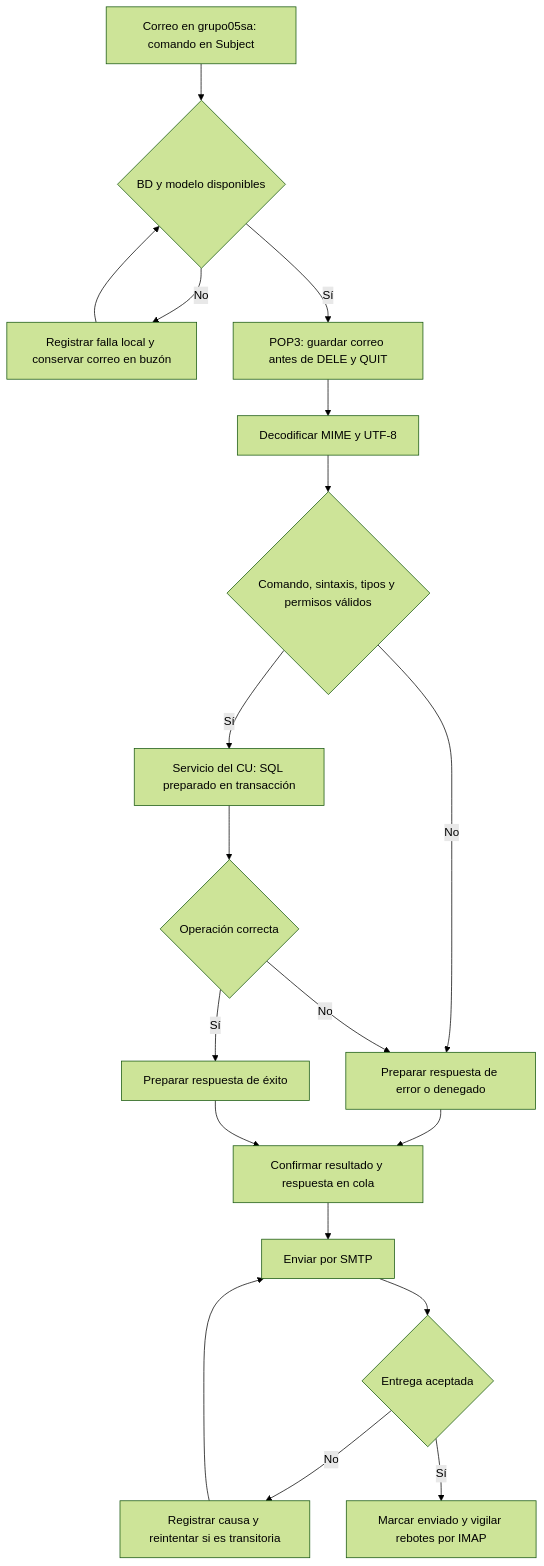
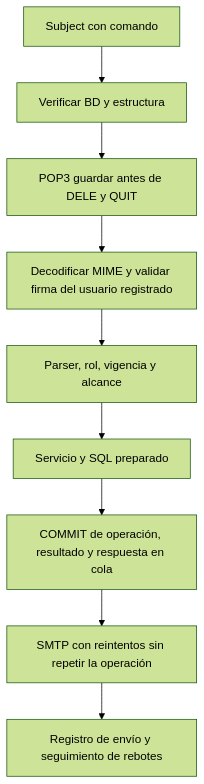
Before and after one commit to vangiewz/inf513-proyecto1: the diagram in README.md, drawn with Mermaid (forest theme). The commit also changed other lines of this file and 186 other files, not shown here.

````diff
--- a/README.md
+++ b/README.md
@@ -38,21 +35,11 @@
 ```mermaid
 flowchart TD
-    A[Correo en grupo05sa: comando en Subject] --> B{BD y modelo disponibles}
-    B -- No --> C[Registrar falla local y conservar correo en buzón]
-    C --> B
-    B -- Sí --> D[POP3: guardar correo antes de DELE y QUIT]
-    D --> E[Decodificar MIME y UTF-8]
-    E --> F{Comando, sintaxis, tipos y permisos válidos}
-    F -- No --> G[Preparar respuesta de error o denegado]
-    F -- Sí --> H[Servicio del CU: SQL preparado en transacción]
-    H --> I{Operación correcta}
-    I -- No --> G
-    I -- Sí --> J[Preparar respuesta de éxito]
-    G --> K[Confirmar resultado y respuesta en cola]
-    J --> K
-    K --> L[Enviar por SMTP]
-    L --> M{Entrega aceptada}
-    M -- No --> N[Registrar causa y reintentar si es transitoria]
-    N --> L
-    M -- Sí --> O[Marcar enviado y vigilar rebotes por IMAP]
+ A[Subject con comando] --> B[Verificar BD y estructura]
+ B --> C[POP3 guardar antes de DELE y QUIT]
+ C --> D[Decodificar MIME y validar firma del usuario registrado]
+ D --> E[Parser, rol, vigencia y alcance]
+ E --> F[Servicio y SQL preparado]
+ F --> G[COMMIT de operación, resultado y respuesta en cola]
+ G --> H[SMTP con reintentos sin repetir la operación]
+ H --> I[Registro de envío y seguimiento de rebotes]
 ```
````
